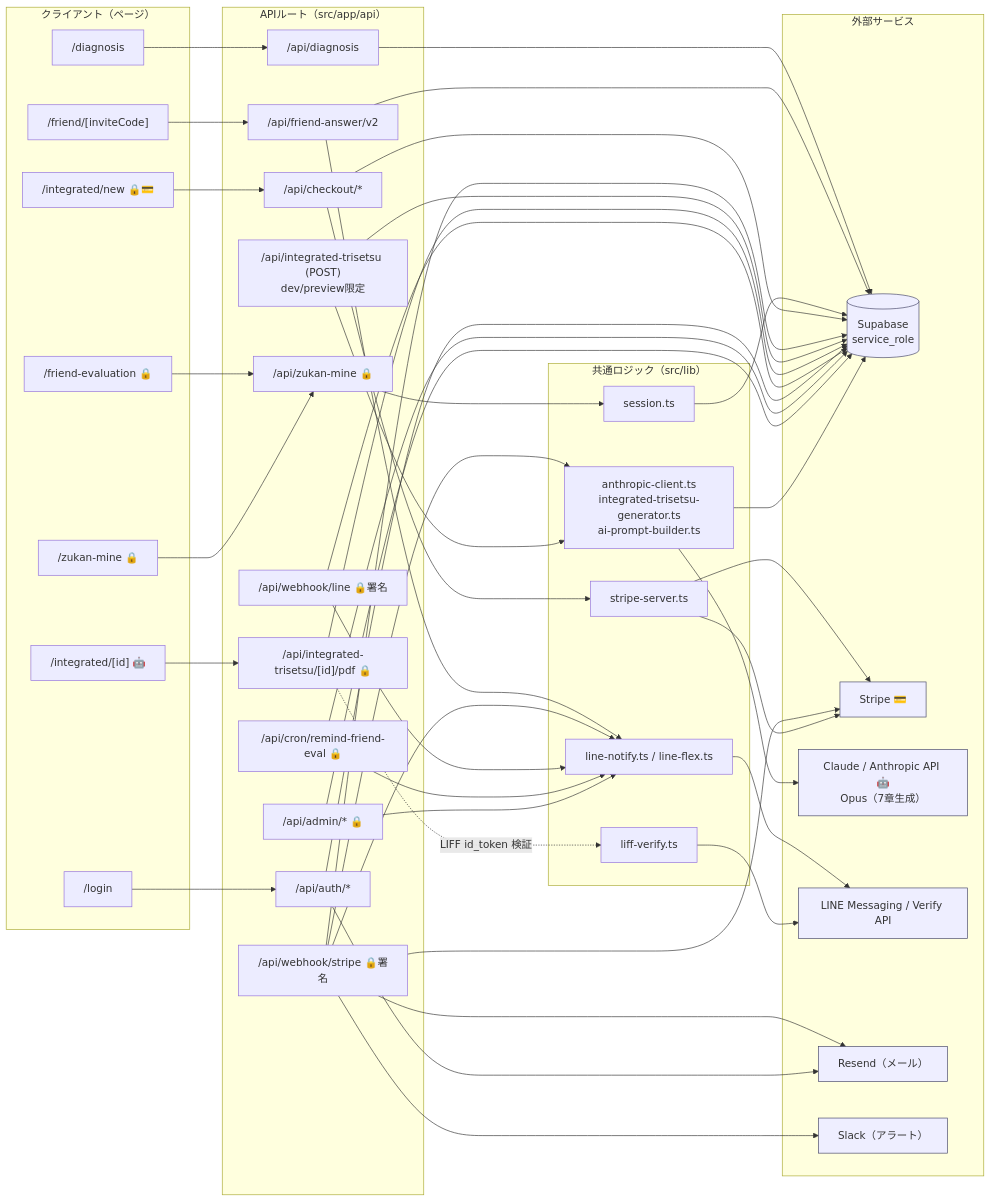
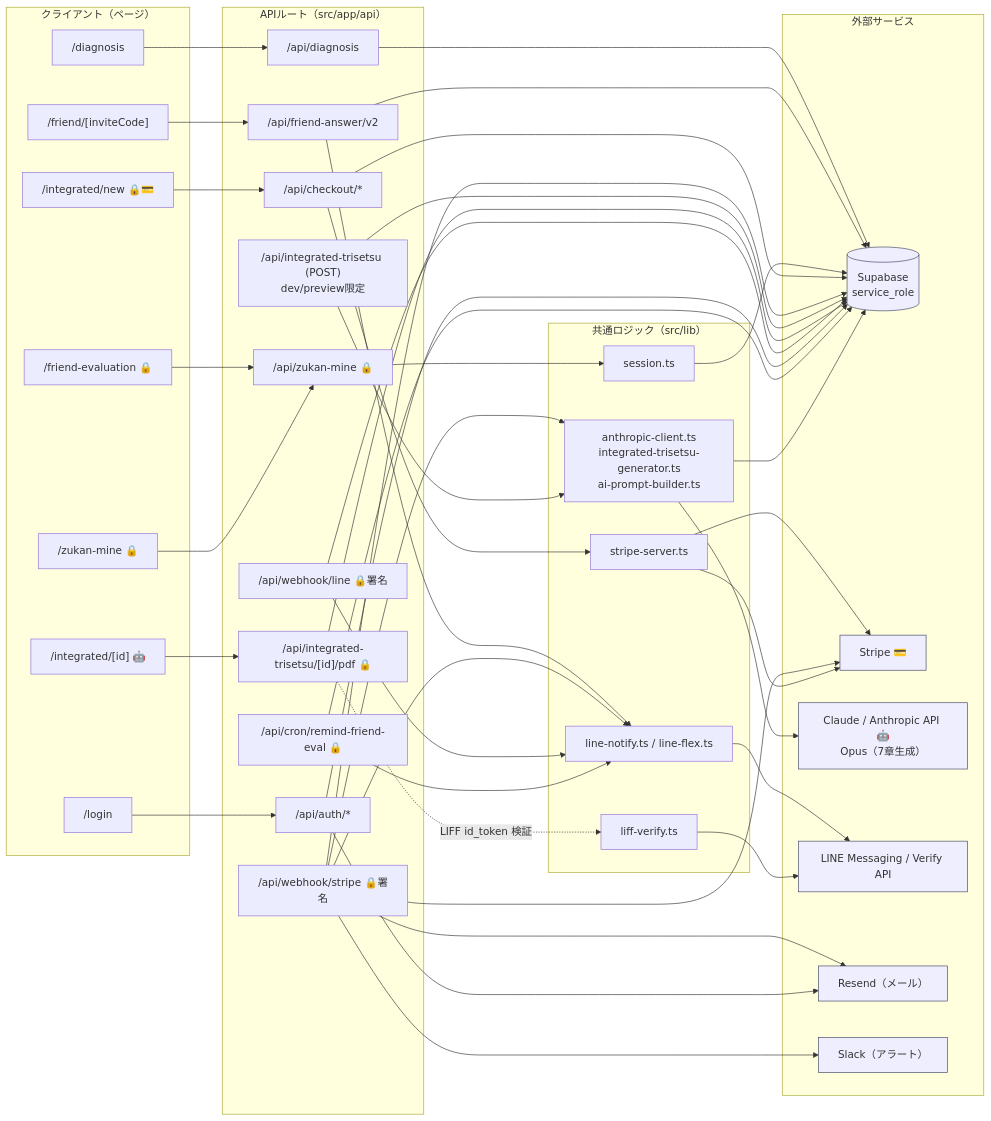
Before and after one commit to compass260307-coder/watashi-no-torisetsu: the third of 3 diagrams in docs/site-structure.md, drawn with Mermaid. The commit also changed other lines of this file and 31 other files, not shown here.

```diff
--- a/docs/site-structure.md
+++ b/docs/site-structure.md
@@ -278,7 +272,6 @@
         aPdf["/api/integrated-trisetsu/[id]/pdf 🔒"]
         aMagic["/api/auth/*"]
         aCron["/api/cron/remind-friend-eval 🔒"]
-        aAdmin["/api/admin/*  🔒"]
     end
 
     subgraph LIB["共通ロジック（src/lib）"]
@@ -330,8 +323,6 @@
     aMagic --> RESEND
     aCron --> libLine
     aCron --> SUPA
-    aAdmin --> SUPA
-    aAdmin --> libLine
 
     %% lib -> ext
     libAnthropic --> CLAUDE
```
